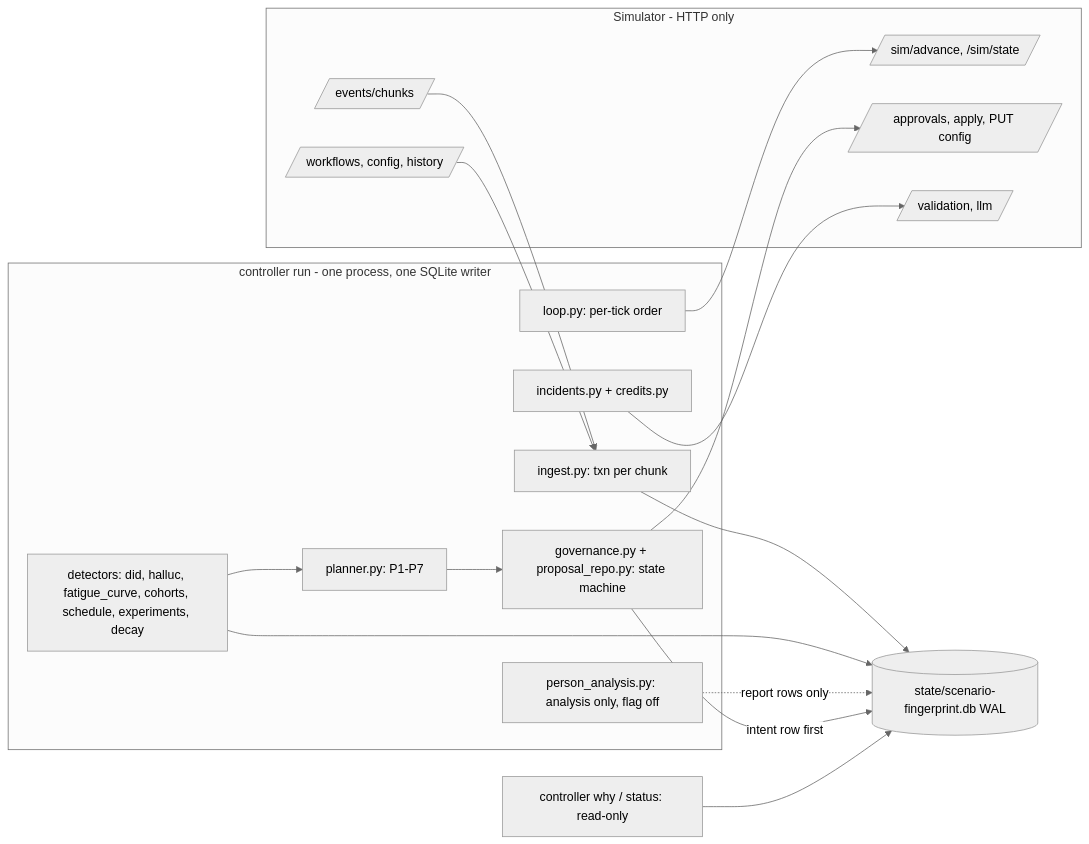
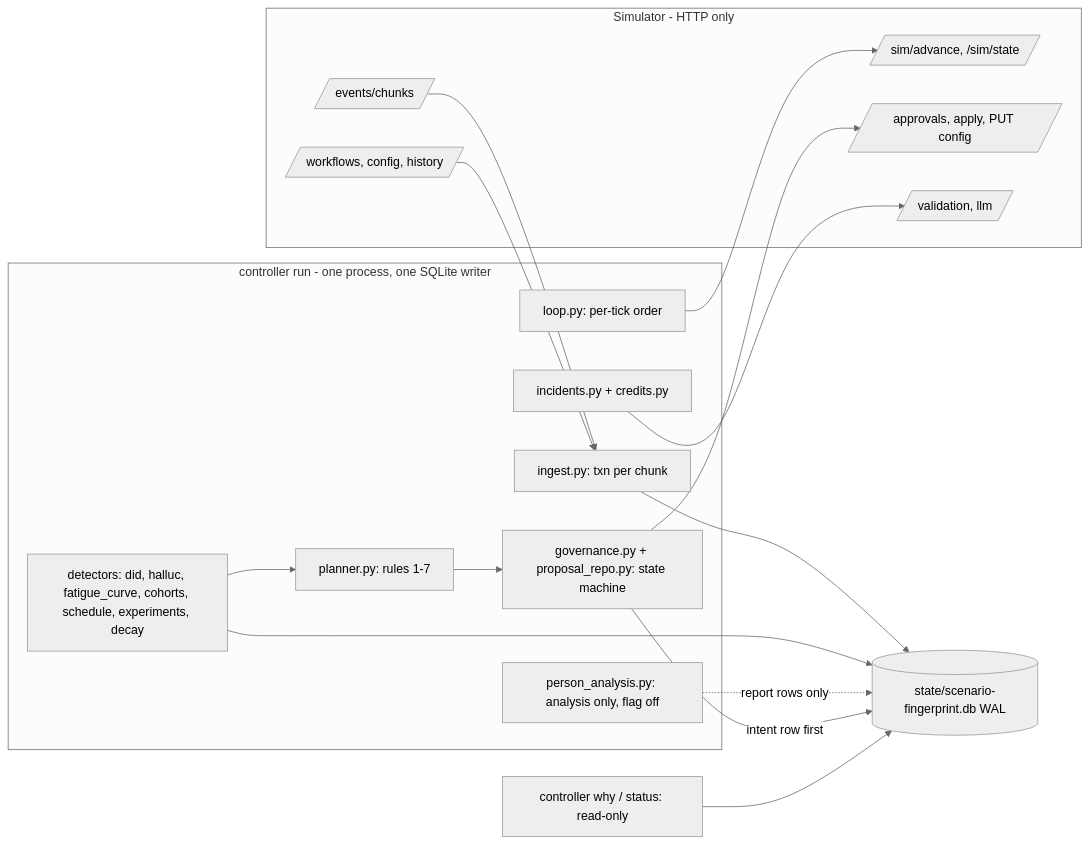
Before and after one commit to AryamannNingombam/sde-assignment-2026: the diagram in SUBMISSION.md, drawn with Mermaid (neutral theme). The commit also changed other lines of this file and 2 other files, not shown here.

````diff
--- a/SUBMISSION.md
+++ b/SUBMISSION.md
@@ -99,30 +140,30 @@
 ```mermaid
 flowchart LR
   subgraph SIM[Simulator - HTTP only]
     A[/sim/advance, /sim/state/]
     E[/events/chunks/]
     C[/workflows, config, history/]
     G[/approvals, apply, PUT config/]
     L[/validation, llm/]
   end
   subgraph CTL[controller run - one process, one SQLite writer]
     LOOP[loop.py: per-tick order]
     ING[ingest.py: txn per chunk]
     DET[detectors: did, halluc, fatigue_curve, cohorts, schedule, experiments, decay]
-    PLAN[planner.py: P1-P7]
+    PLAN[planner.py: rules 1-7]
     PA[person_analysis.py: analysis only, flag off]
     GOV[governance.py + proposal_repo.py: state machine]
     INC[incidents.py + credits.py]
   end
   DB[(state/scenario-fingerprint.db WAL)]
   LOOP --> A
   E --> ING --> DB
   C --> ING
   DET --> DB
   PA -.->|report rows only| DB
   DET --> PLAN --> GOV
   GOV -->|intent row first| DB
   GOV --> G
   INC --> L
   AUD[controller why / status: read-only] --> DB
 ```
````
